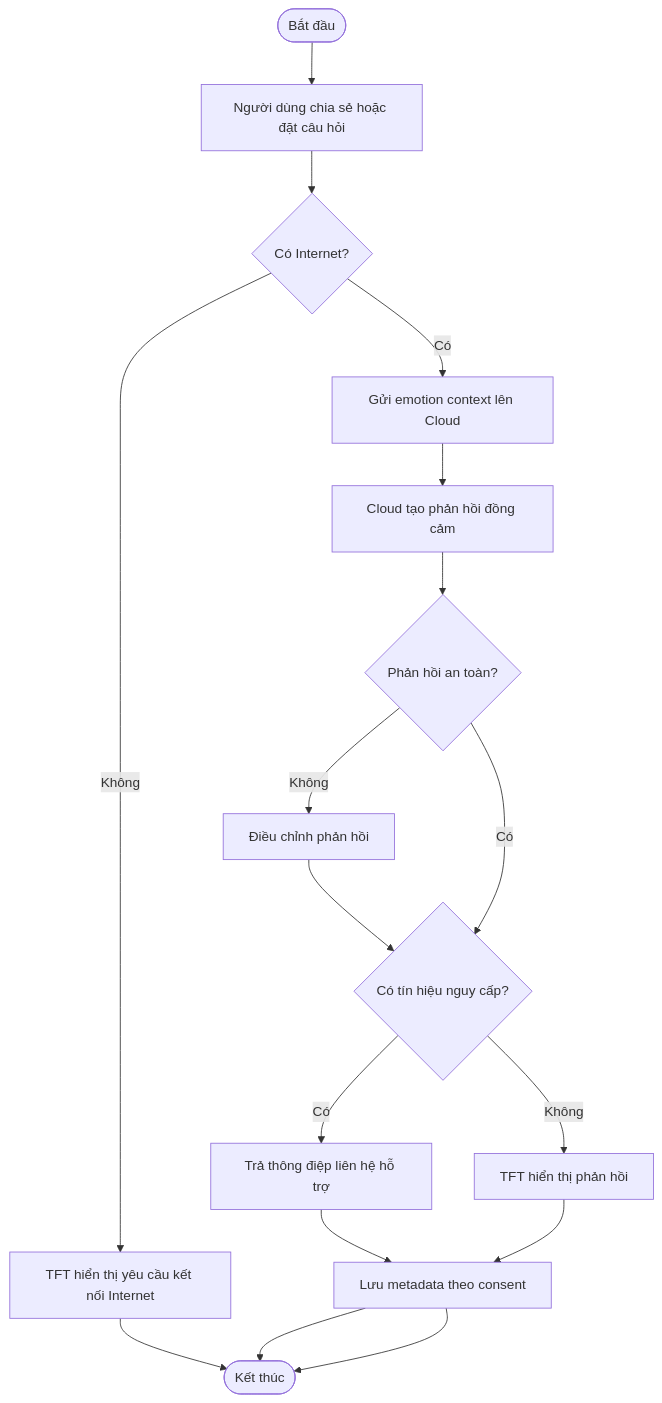
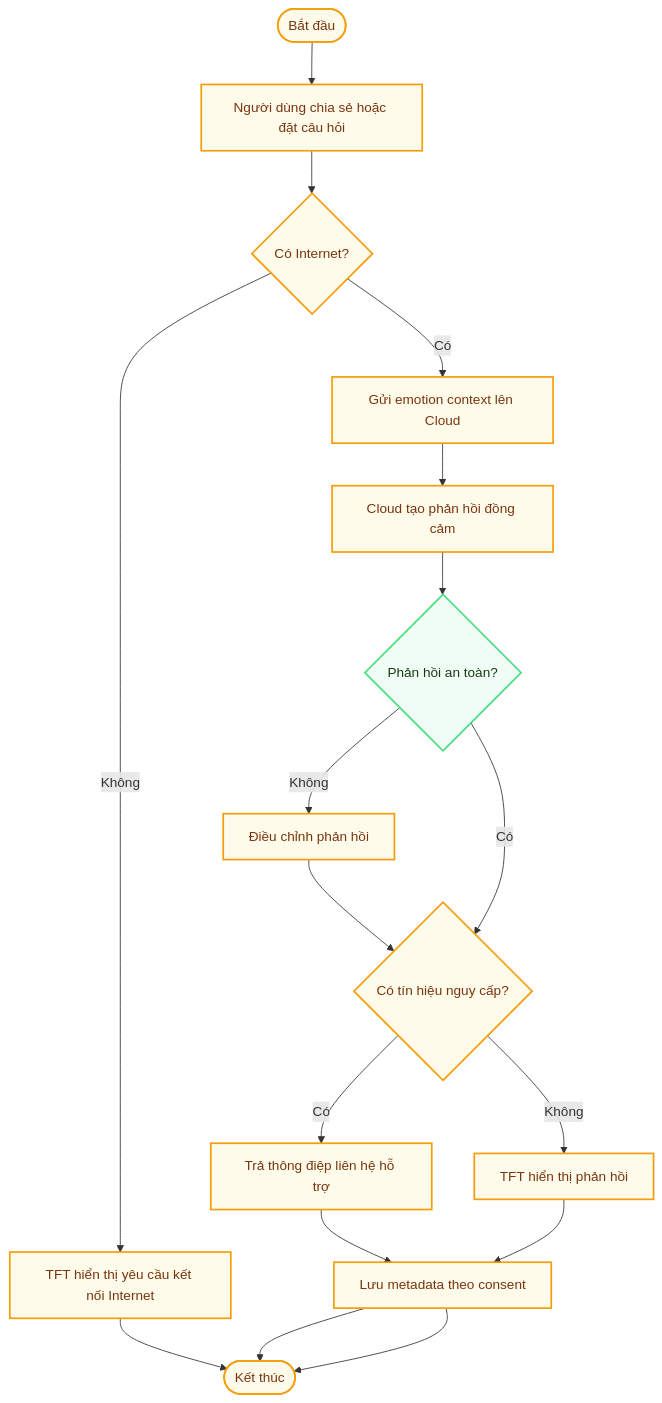
The tenth of 12 diagrams in docs/Spectification/EmotiCareAIoT/03_Objectives.md (Computer-Vision-HCMUS/AIoT-Server), drawn with Mermaid before and after one commit. The commit also changed other lines of this file and 88 other files, not shown here.

````diff
--- a/docs/Spectification/EmotiCareAIoT/03_Objectives.md
+++ b/docs/Spectification/EmotiCareAIoT/03_Objectives.md
@@ -423,24 +534,34 @@
 ```mermaid
 flowchart TD
     Start([Bắt đầu])
     Speech["Người dùng chia sẻ hoặc đặt câu hỏi"]
     Online{"Có Internet?"}
     NeedNet["TFT hiển thị yêu cầu kết nối Internet"]
     Send["Gửi emotion context lên Cloud"]
     Generate["Cloud tạo phản hồi đồng cảm"]
     Safety{"Phản hồi an toàn?"}
     Rewrite["Điều chỉnh phản hồi"]
     Crisis{"Có tín hiệu nguy cấp?"}
     Support["Trả thông điệp liên hệ hỗ trợ"]
     Reply["TFT hiển thị phản hồi"]
     Save["Lưu metadata theo consent"]
     End([Kết thúc])
 
     Start --> Speech --> Online
     Online -- "Không" --> NeedNet --> End
     Online -- "Có" --> Send --> Generate --> Safety
     Safety -- "Không" --> Rewrite --> Crisis
     Safety -- "Có" --> Crisis
     Crisis -- "Có" --> Support --> Save --> End
     Crisis -- "Không" --> Reply --> Save --> End
+
+
+    classDef userNode stroke:#818cf8,fill:#eef2ff,stroke-width:2px,color:#1e1b4b
+    classDef edgeNode stroke:#a78bfa,fill:#f5f3ff,stroke-width:2px,color:#2e1065
+    classDef cacheNode stroke:#2dd4bf,fill:#f0fdfa,stroke-width:2px,color:#0d5a57
+    classDef cloudNode stroke:#38bdf8,fill:#f0f9ff,stroke-width:2px,color:#0c3d67
+    classDef serviceNode stroke:#4ade80,fill:#f0fdf4,stroke-width:2px,color:#1a3a1a
+    classDef actionNode stroke:#f59e0b,fill:#fffbeb,stroke-width:2px,color:#78350f
+    class Safety serviceNode
+    class Start,Speech,Online,NeedNet,Send,Generate,Rewrite,Crisis,Support,Reply,Save,End actionNode
 ```
````
